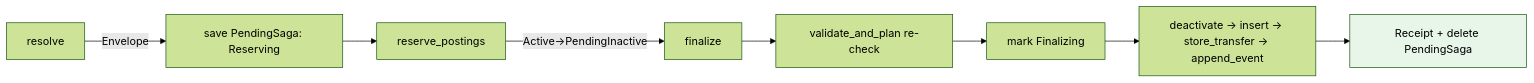
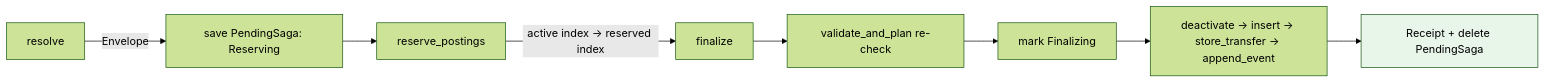
Before and after one commit to crodas/kuatia: the second of 4 diagrams in doc/crates.md, drawn with Mermaid (forest theme). The commit also changed other lines of this file and 6 other files, not shown here.

````diff
--- a/doc/crates.md
+++ b/doc/crates.md
@@ -107,11 +107,11 @@
 ```mermaid
 graph LR
     A[resolve] -->|Envelope| W[save PendingSaga: Reserving]
     W --> B[reserve_postings]
-    B -->|Active→PendingInactive| F[finalize]
+    B -->|active index → reserved index| F[finalize]
     F --> V[validate_and_plan re-check]
     V --> M[mark Finalizing]
     M --> D[deactivate → insert → store_transfer → append_event]
     D --> E[Receipt + delete PendingSaga]
     style E fill:#e8f5e9
 ```
````
